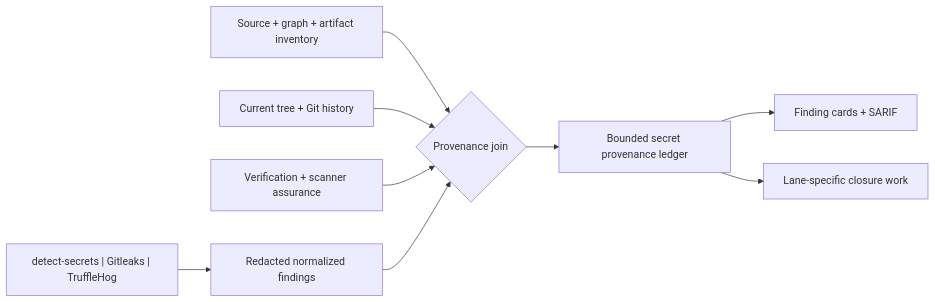
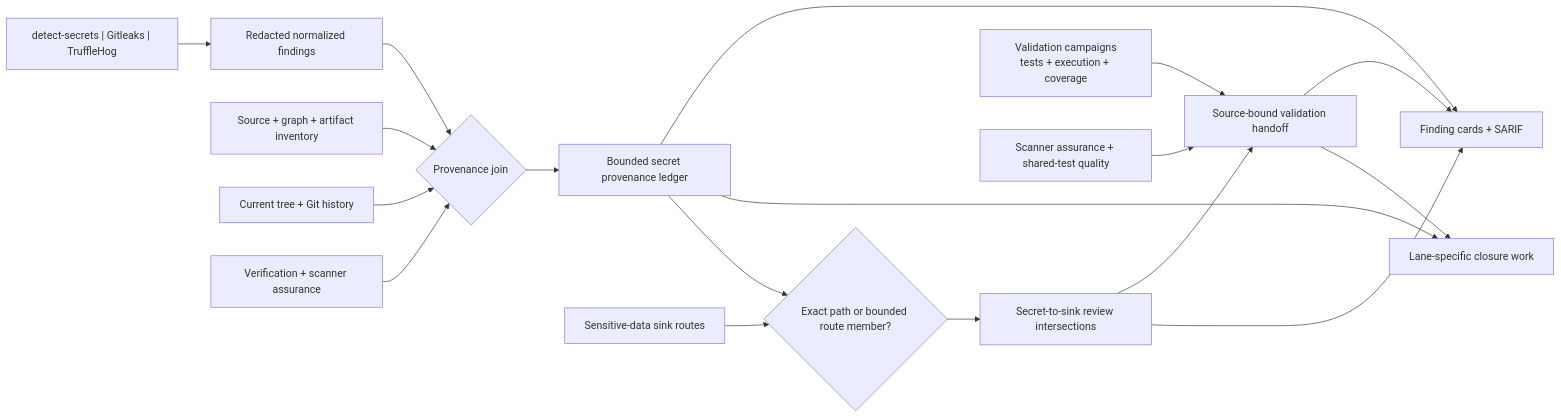
One commit to willtran87/project-py-security-suite changed diagram 13 of 14 in docs/design.md. Above: the diagram before and after it, drawn with Mermaid. The commit also changed other lines of this file and 10 other files, not shown here.

Commit message:
Correlate secret exposure routes with validation evidence

````diff
--- a/docs/design.md
+++ b/docs/design.md
@@ -844,11 +844,20 @@
 ```mermaid
 flowchart LR
     Scanners["detect-secrets | Gitleaks | TruffleHog"] --> Normalize["Redacted normalized findings"]
     Inventory["Source + graph + artifact inventory"] --> Join{"Provenance join"}
     History["Current tree + Git history"] --> Join
     Trust["Verification + scanner assurance"] --> Join
     Normalize --> Join
     Join --> Ledger["Bounded secret provenance ledger"]
     Ledger --> Reports["Finding cards + SARIF"]
     Ledger --> Actions["Lane-specific closure work"]
+    Sensitive["Sensitive-data sink routes"] --> Intersect{"Exact path or bounded route member?"}
+    Ledger --> Intersect
+    Intersect --> Compound["Secret-to-sink review intersections"]
+    Campaign["Validation campaigns<br/>tests + execution + coverage"] --> Handoff["Source-bound validation handoff"]
+    Quality["Scanner assurance + shared-test quality"] --> Handoff
+    Compound --> Handoff
+    Compound --> Reports
+    Handoff --> Reports
+    Handoff --> Actions
 ```
````
